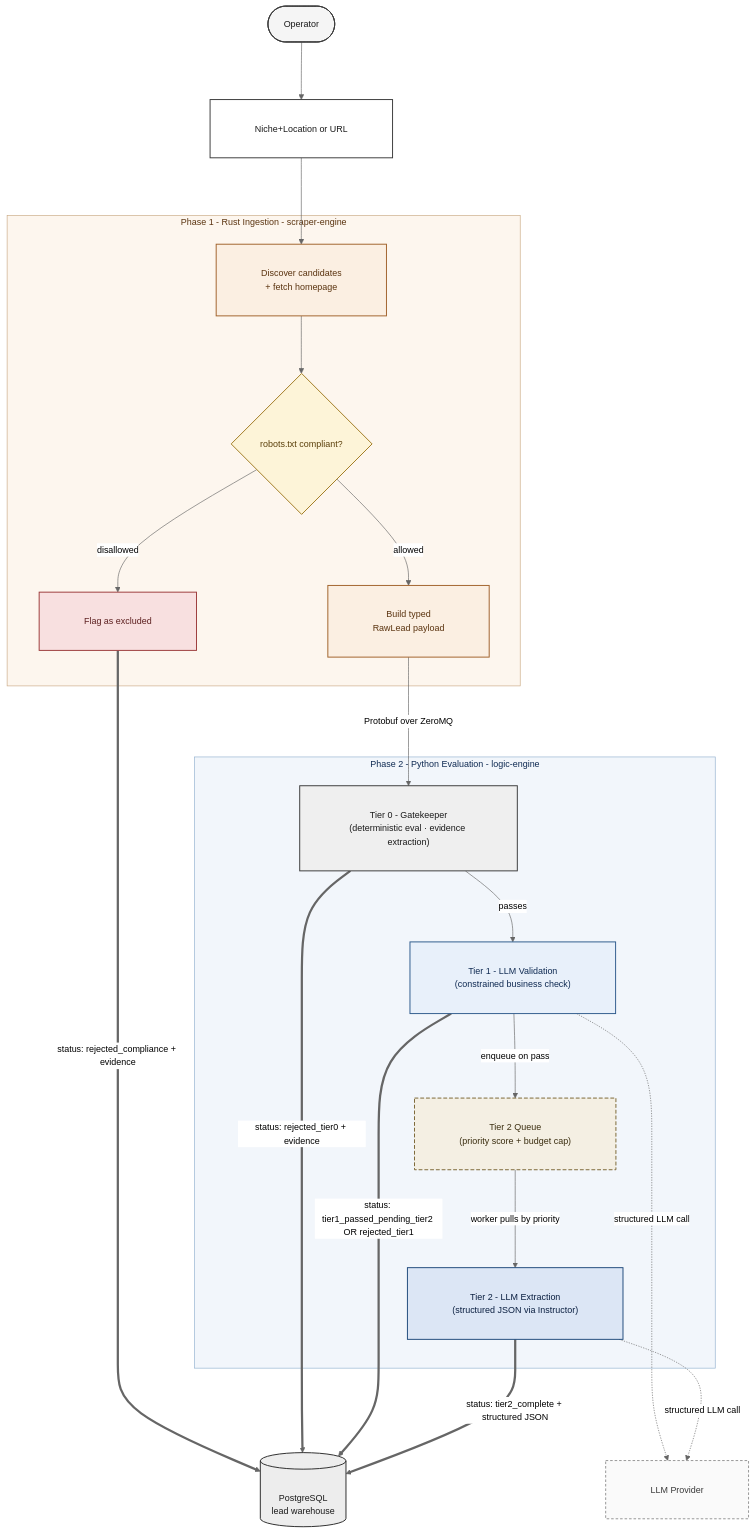
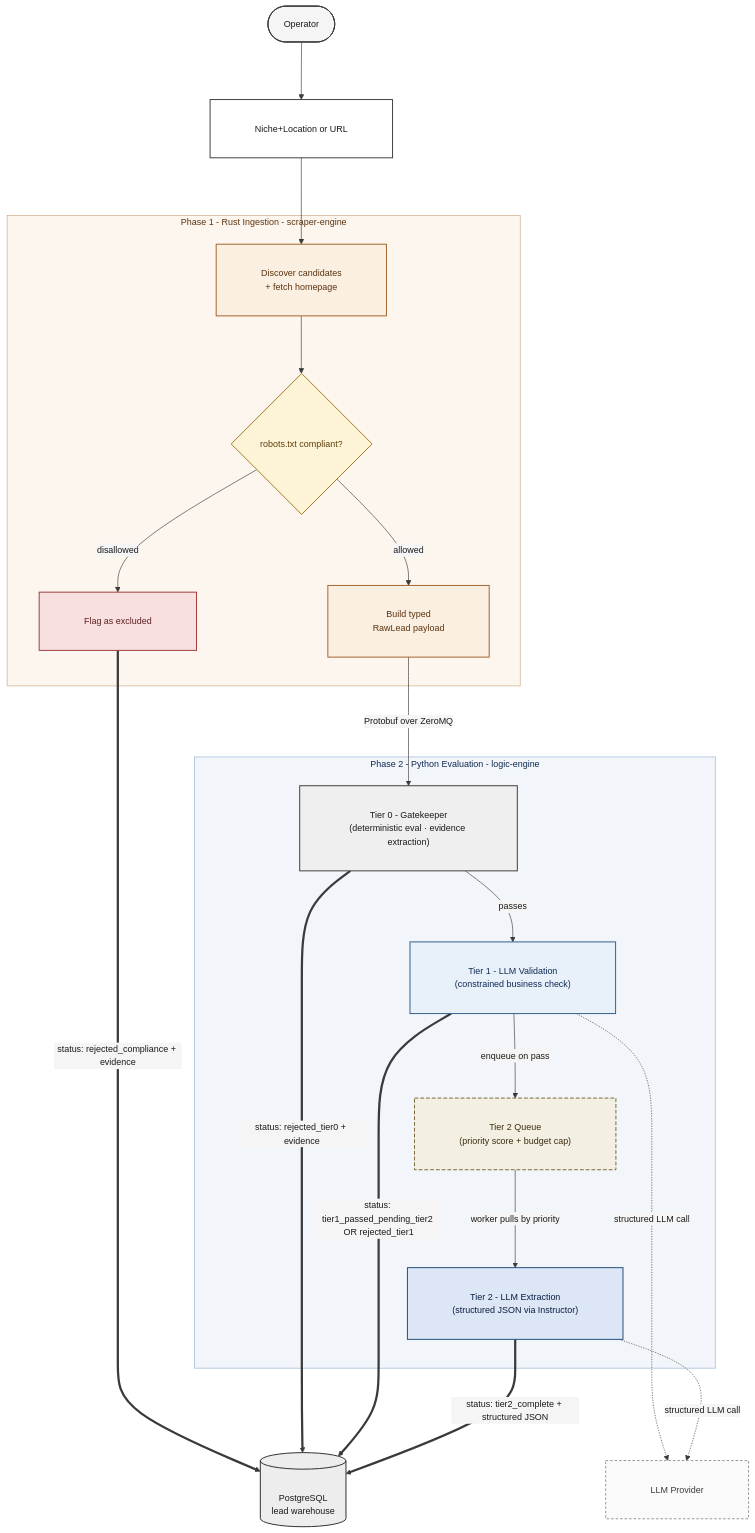
One commit to tesahe/trace-fabric changed the diagram in docs/evaluation-cascade.md. Above: the diagram before and after it, drawn with Mermaid. The commit also changed 4 other files, not shown here.

Commit message:
(chore): updated diagrams

````diff
--- a/docs/evaluation-cascade.md
+++ b/docs/evaluation-cascade.md
@@ -9,66 +9,66 @@
 ```mermaid
-%%{init: {"theme": "neutral", "themeVariables": {"fontSize": "14px"}, "flowchart": {"curve": "basis", "padding": 35, "nodeSpacing": 70, "rankSpacing": 90}}}%%
+%%{init: {"theme": "base", "themeVariables": {"fontSize": "14px", "background": "#FFFFFF", "primaryColor": "#FFFFFF", "primaryTextColor": "#1A1A1A", "primaryBorderColor": "#3A3A3A", "lineColor": "#3A3A3A", "secondaryColor": "#F5F5F5", "tertiaryColor": "#FAFAFA"}, "flowchart": {"curve": "basis", "padding": 35, "nodeSpacing": 70, "rankSpacing": 90}}}%%
 flowchart TB
     U(["Operator"]) --> Q["Niche+Location or URL"]
 
     subgraph P1[Phase 1 - Rust Ingestion - scraper-engine]
         DISC["Discover candidates<br/>+ fetch homepage"]
         COMPL{robots.txt compliant?}
         FLAG["Flag as excluded"]
         BUILD["Build typed<br/>RawLead payload"]
         DISC --> COMPL
         COMPL -->|"  disallowed  "| FLAG
         COMPL -->|"  allowed  "| BUILD
     end
 
     Q --> DISC
     BUILD -->|"  Protobuf over ZeroMQ  "| T0
 
     subgraph P2[Phase 2 - Python Evaluation - logic-engine]
         T0["Tier 0 - Gatekeeper<br/>(deterministic eval · evidence extraction)"]
         T1["Tier 1 - LLM Validation<br/>(constrained business check)"]
         QUEUE["Tier 2 Queue<br/>(priority score + budget cap)"]
         T2["Tier 2 - LLM Extraction<br/>(structured JSON via Instructor)"]
         T0 -->|"  passes  "| T1
         T1 -->|"  enqueue on pass  "| QUEUE
         QUEUE -->|"  worker pulls by priority  "| T2
     end
 
     LLM["LLM Provider"]
     T1 -.->|"  structured LLM call  "| LLM
     T2 -.->|"  structured LLM call  "| LLM
 
     DB[("PostgreSQL<br/>lead warehouse")]
 
     FLAG ==>|"  status: rejected_compliance + evidence  "| DB
     T0 ==>|"  status: rejected_tier0 + evidence  "| DB
     T1 ==>|"  status: tier1_passed_pending_tier2 OR rejected_tier1  "| DB
     T2 ==>|"  status: tier2_complete + structured JSON  "| DB
 
     classDef default fill:#FFFFFF,stroke:#3A3A3A,stroke-width:1.5px,color:#1A1A1A
     classDef actor fill:#F5F5F5,stroke:#3A3A3A,stroke-width:1.5px,color:#1A1A1A
     classDef rust fill:#FBEFE2,stroke:#A0612A,stroke-width:1.5px,color:#5A330F
     classDef decision fill:#FDF4D8,stroke:#A07A1F,stroke-width:1.5px,color:#5A3F0A
     classDef flag fill:#F8E0E0,stroke:#9C3A3A,stroke-width:1.5px,color:#5C1F1F
     classDef tier0 fill:#EFEFEF,stroke:#3A3A3A,stroke-width:1.5px,color:#1A1A1A
     classDef tier1 fill:#E8F0FA,stroke:#2E5A8C,stroke-width:1.5px,color:#0F2A52
     classDef queue fill:#F4EFE3,stroke:#7A6533,stroke-width:1.5px,color:#3A2D0F,stroke-dasharray:6 3
     classDef tier2 fill:#DCE6F5,stroke:#1F4A7A,stroke-width:1.5px,color:#0A1F40
     classDef external fill:#FAFAFA,stroke:#7A7A7A,stroke-width:1.2px,stroke-dasharray:4 3,color:#3A3A3A
     classDef data fill:#EDEDED,stroke:#2A2A2A,stroke-width:1.5px,color:#1A1A1A
 
     class U actor
     class DISC rust
     class BUILD rust
     class COMPL decision
     class FLAG flag
     class T0 tier0
     class T1 tier1
     class QUEUE queue
     class T2 tier2
     class LLM external
     class DB data
 
     style P1 fill:#FDF6EE,stroke:#C9A983,stroke-width:1px,color:#5A330F
     style P2 fill:#F2F6FB,stroke:#90AFCE,stroke-width:1px,color:#0F2A52
 ```
````
